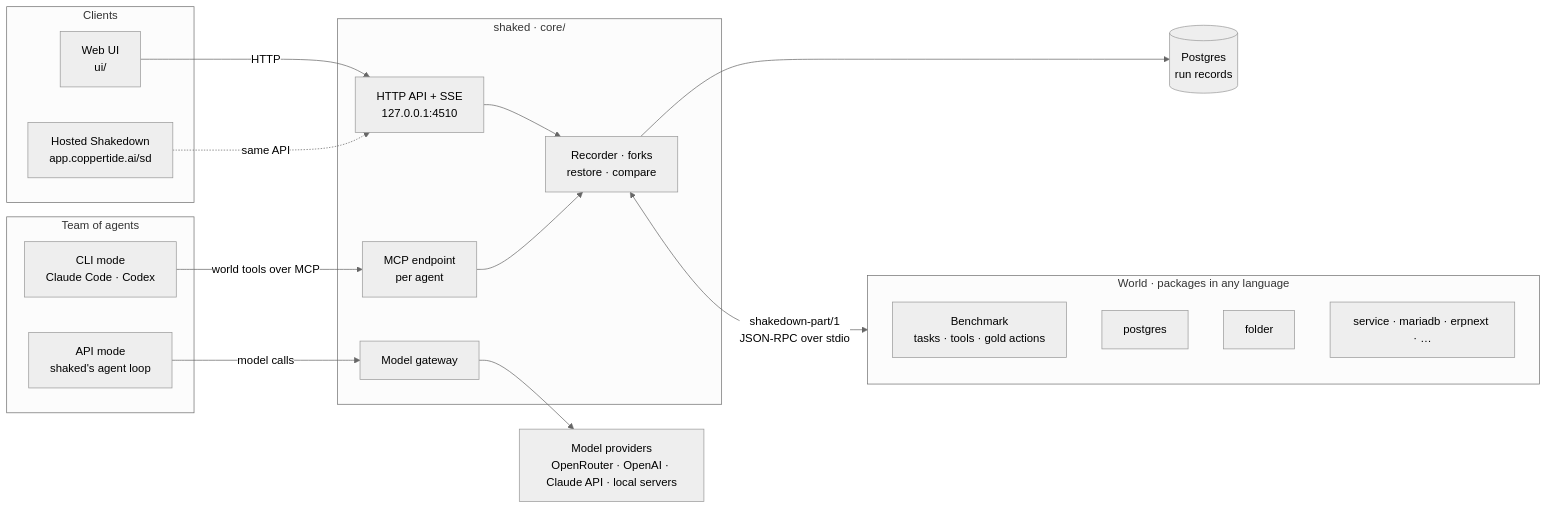
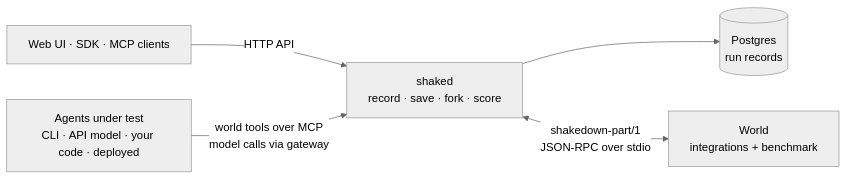
The diagram in README.md (CopperTide/Shakedown), drawn with Mermaid (neutral theme) before and after one commit. The commit also changed other lines of this file and 10 other files, not shown here.

First line of the commit message:
docs: rewrite the main README and the core, SDK, deploy, tools and designs READMEs

````diff
--- a/README.md
+++ b/README.md
@@ -141,39 +143,7 @@
 ```mermaid
 flowchart LR
-  subgraph clients["Clients"]
-    UI["Web UI<br/>ui/"]
-    SC["Hosted Shakedown<br/>app.coppertide.ai/sd"]
-  end
-
-  subgraph team["Team of agents"]
-    CLI["CLI mode<br/>Claude Code · Codex"]
-    OPEN["API mode<br/>shaked's agent loop"]
-  end
-
-  subgraph engine["shaked · core/"]
-    API["HTTP API + SSE<br/>127.0.0.1:4510"]
-    MCP["MCP endpoint<br/>per agent"]
-    GW["Model gateway"]
-    ENG["Recorder · forks<br/>restore · compare"]
-  end
-
-  subgraph world["World · packages in any language"]
-    BM["Benchmark<br/>tasks · tools · gold actions"]
-    P1["postgres"]
-    P2["folder"]
-    P3["service · mariadb · erpnext · …"]
-  end
-
-  PG[("Postgres<br/>run records")]
-  OR["Model providers<br/>OpenRouter · OpenAI · Claude API · local servers"]
-
-  UI -->|HTTP| API
-  SC -.->|same API| API
-  CLI -->|world tools over MCP| MCP
-  OPEN -->|model calls| GW
-  GW --> OR
-  API --> ENG
-  MCP --> ENG
-  ENG --> PG
-  ENG <-->|"shakedown-part/1<br/>JSON-RPC over stdio"| world
+  UI["Web UI · SDK · MCP clients"] -->|HTTP API| SD
+  AG["Agents under test<br/>CLI · API model · your code · deployed"] -->|"world tools over MCP<br/>model calls via gateway"| SD
+  SD["shaked<br/>record · save · fork · score"] --> PG[("Postgres<br/>run records")]
+  SD <-->|"shakedown-part/1<br/>JSON-RPC over stdio"| W["World<br/>integrations + benchmark"]
 ```
````
